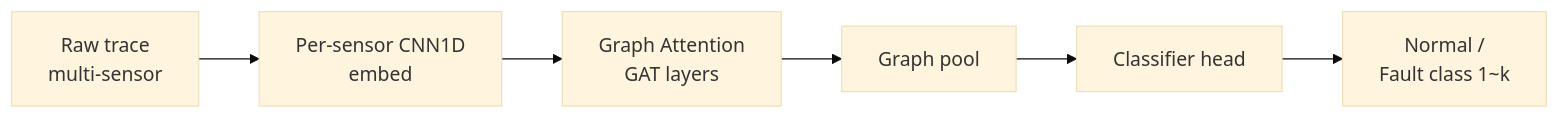
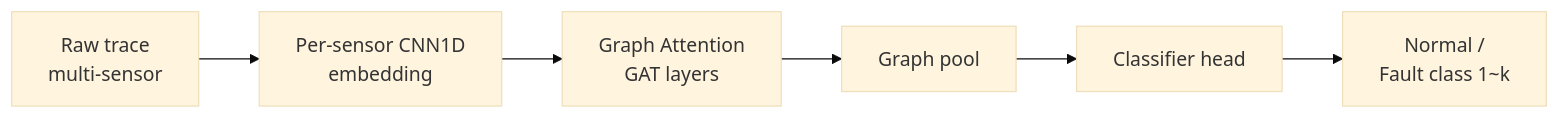
Before and after one commit to btjeon/sic-wiki: the third of 4 diagrams in docs/04-control-ai/fdc-ai-anomaly.md, drawn with Mermaid (base theme). The commit also changed other lines of this file and 9 other files, not shown here.

````diff
--- a/docs/04-control-ai/fdc-ai-anomaly.md
+++ b/docs/04-control-ai/fdc-ai-anomaly.md
@@ -51,8 +56,8 @@
 ```mermaid
 flowchart LR
-    A[Raw trace<br/>multi-sensor] --> B[Per-sensor CNN1D<br/>embed]
+    A[Raw trace<br/>multi-sensor] --> B[Per-sensor CNN1D<br/>embedding]
     B --> C[Graph Attention<br/>GAT layers]
     C --> D[Graph pool]
     D --> E[Classifier head]
     E --> F[Normal /<br/>Fault class 1~k]
 ```
````
